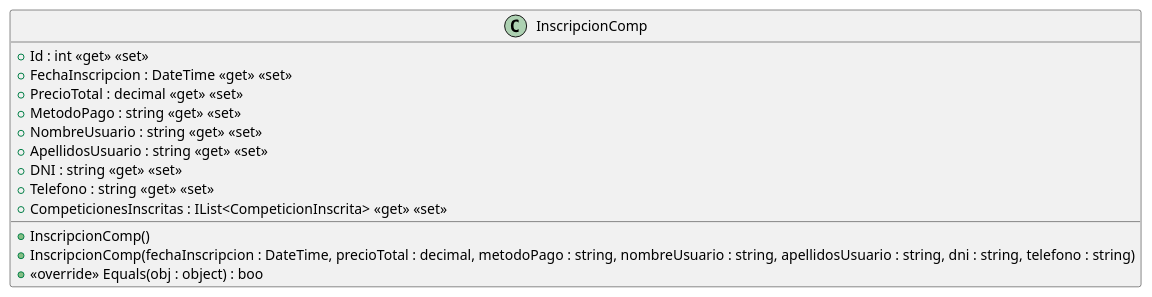
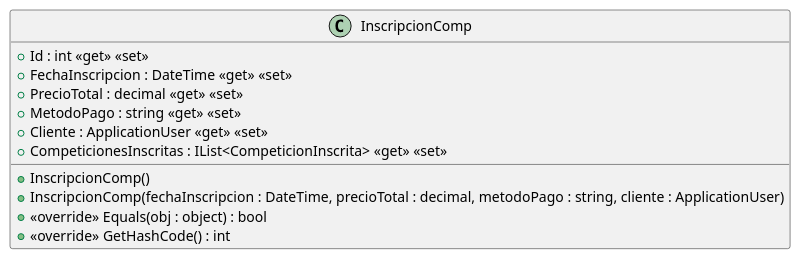
Before and after one commit to ISII2627CDGJ/ISII2627CDG: the diagram in src/AppForSEII.API/ClassDiagram/src/AppForSEII.API/Models/InscripcionComp.puml, drawn with PlantUML. The commit also changed 5 other files, not shown here.

Commit message:
Arreglo de los atributos del modelo de InscripcionComp respecto a ApplicationUser

```diff
--- a/src/AppForSEII.API/ClassDiagram/src/AppForSEII.API/Models/InscripcionComp.puml
+++ b/src/AppForSEII.API/ClassDiagram/src/AppForSEII.API/Models/InscripcionComp.puml
@@ -1,16 +1,14 @@
 @startuml
 class InscripcionComp {
     + Id : int <<get>> <<set>>
     + FechaInscripcion : DateTime <<get>> <<set>>
     + PrecioTotal : decimal <<get>> <<set>>
     + MetodoPago : string <<get>> <<set>>
-    + NombreUsuario : string <<get>> <<set>>
-    + ApellidosUsuario : string <<get>> <<set>>
-    + DNI : string <<get>> <<set>>
-    + Telefono : string <<get>> <<set>>
-       + CompeticionesInscritas : IList<CompeticionInscrita> <<get>> <<set>>
+    + Cliente : ApplicationUser <<get>> <<set>>
+    + CompeticionesInscritas : IList<CompeticionInscrita> <<get>> <<set>>
     + InscripcionComp()
-    + InscripcionComp(fechaInscripcion : DateTime, precioTotal : decimal, metodoPago : string, nombreUsuario : string, apellidosUsuario : string, dni : string, telefono : string)
-    + <<override>> Equals(obj : object) : boo
+    + InscripcionComp(fechaInscripcion : DateTime, precioTotal : decimal, metodoPago : string, cliente : ApplicationUser)
+    + <<override>> Equals(obj : object) : bool
+    + <<override>> GetHashCode() : int
 }
 @enduml
```
